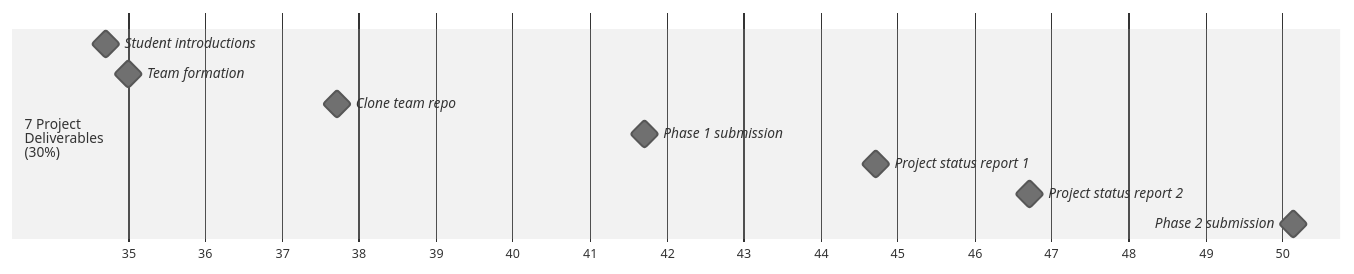
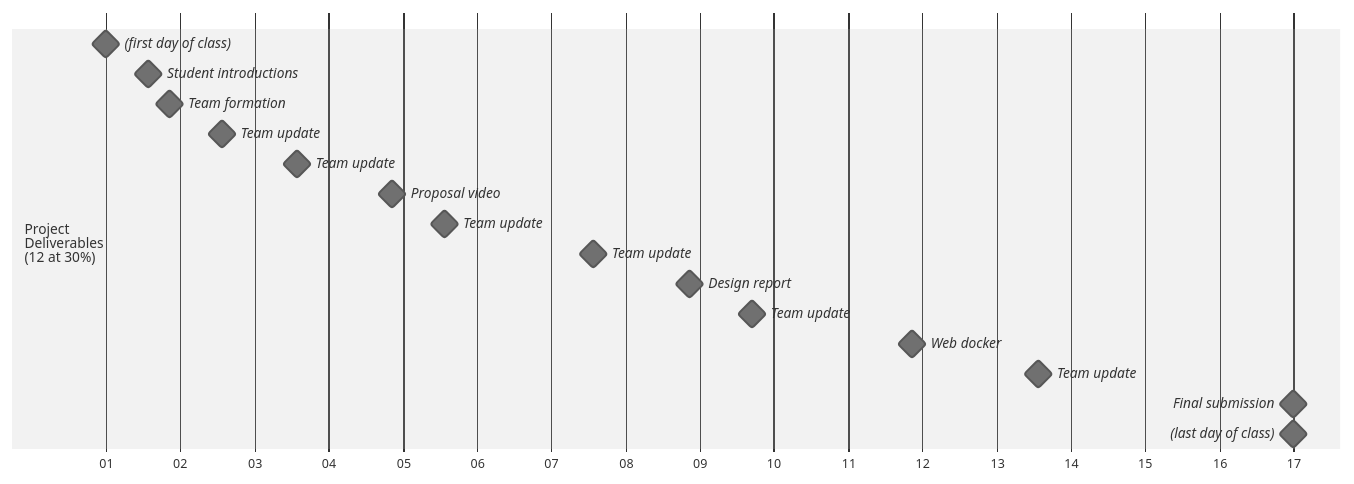
One commit to lowkeylabs/cmsc408-course-admin changed the fourth of 4 diagrams in topics/_cmsc408-overview.qmd. Above: the diagram before and after it, drawn with Mermaid (neutral theme). The commit also changed other lines of this file and 63 other files, not shown here.

````diff
--- a/topics/_cmsc408-overview.qmd
+++ b/topics/_cmsc408-overview.qmd
@@ -198,15 +285,23 @@
 ```{mermaid}
 %%| echo: false
 gantt
     dateFormat M/DD/YYYY
     axisFormat %U
 
-    section 7 Project<br/>Deliverables<br/>(30%)
-    Student introductions: milestone, p1, 8/25/2023,0d
-    Team formation: milestone, p2, 8/27/2023, 0d
-    Clone team repo: milestone, p3, 9/15/2023, 0d
-    Phase 1 submission: milestone, p4, 10/13/2023, 0d
-    Project status report 1: milestone, p5, 11/03/2023, 0d
-    Project status report 2: milestone, p6, 11/17/2023, 0d
-    Phase 2 submission: milestone, p7, 12/11/2023, 0d
+    section Project<br/>Deliverables<br/>(12 at 30%)
+    (first day of class): milestone, fdc1, 1/7/2024, 0d
+    Student introductions: milestone, p1, 1/11/2024,0d
+    Team formation: milestone, p2, 1/13/2024, 0d
+    Team update: milestone, p3, 1/18/2024, 0d
+    Team update: milestone, p4, 1/25/2024, 0d
+    Proposal video: milestone, p5, 2/3/2024, 0d
+    Team update: milestone, p6, 2/8/2024, 0d
+    Team update: milestone, p7, 2/22/2024, 0d
+    Design report: milestone, p8, 3/2/2024, 0d
+    Team update: milestone, p9, 3/8/2024, 0d
+    Web docker: milestone, p10, 3/23/2024, 0d
+    Team update: milestone, p11, 4/4/2024, 0d
+    Final submission: milestone, p12, 4/28/2024, 0d
+    (last day of class): milestone, ldc2, 4/28/2024, 0d
+    
 ```
````
